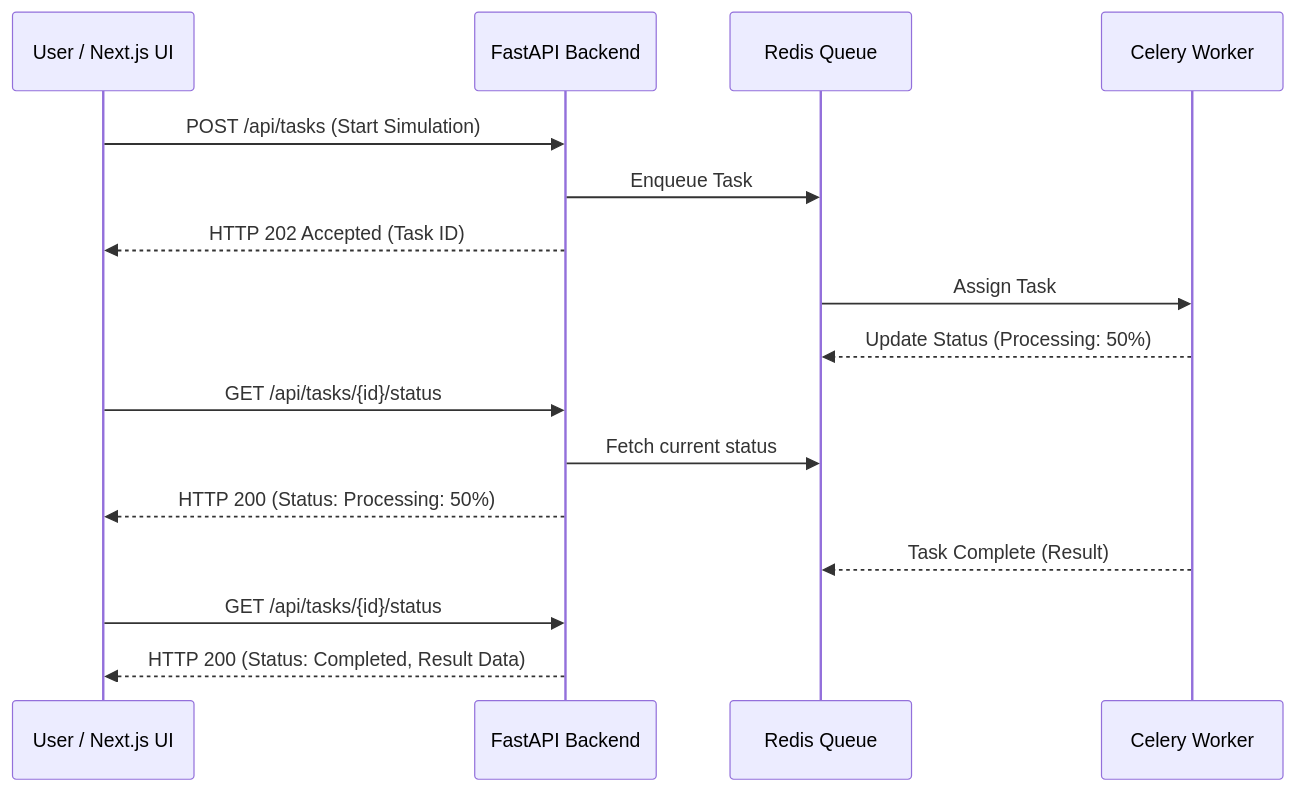
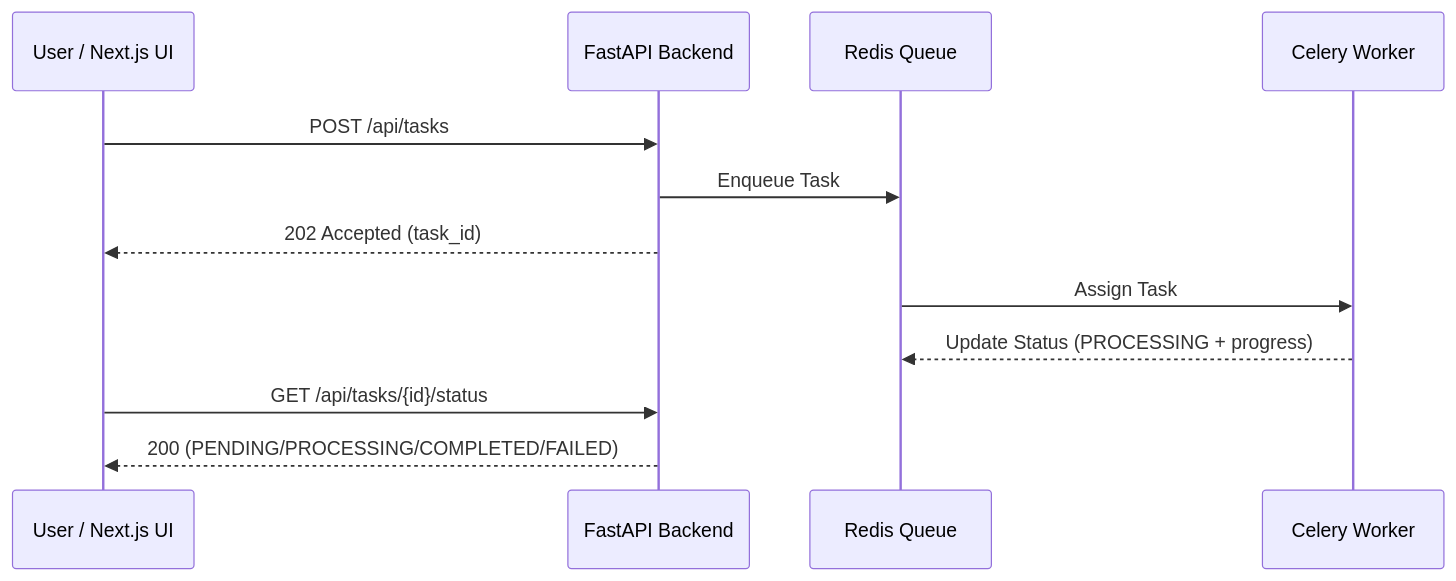
One commit to sergioballesteros-vd/async-task-dashboard changed the diagram in README.md. Above: the diagram before and after it, drawn with Mermaid. The commit also changed other lines of this file and 21 other files, not shown here.

Commit message:
Build async task dashboard showcase with Next.js, FastAPI, Celery and Redis

````diff
--- a/README.md
+++ b/README.md
@@ -13,22 +17,17 @@
 ```mermaid
 sequenceDiagram
     participant U as User / Next.js UI
     participant API as FastAPI Backend
     participant Q as Redis Queue
     participant W as Celery Worker
 
-    U->>API: POST /api/tasks (Start Simulation)
+    U->>API: POST /api/tasks
     API->>Q: Enqueue Task
-    API-->>U: HTTP 202 Accepted (Task ID)
-    
+    API-->>U: 202 Accepted (task_id)
+
     Q->>W: Assign Task
-    W-->>Q: Update Status (Processing: 50%)
-    
+    W-->>Q: Update Status (PROCESSING + progress)
+
     U->>API: GET /api/tasks/{id}/status
-    API->>Q: Fetch current status
-    API-->>U: HTTP 200 (Status: Processing: 50%)
-    
-    W-->>Q: Task Complete (Result)
-    U->>API: GET /api/tasks/{id}/status
-    API-->>U: HTTP 200 (Status: Completed, Result Data)
+    API-->>U: 200 (PENDING/PROCESSING/COMPLETED/FAILED)
 ```
````
